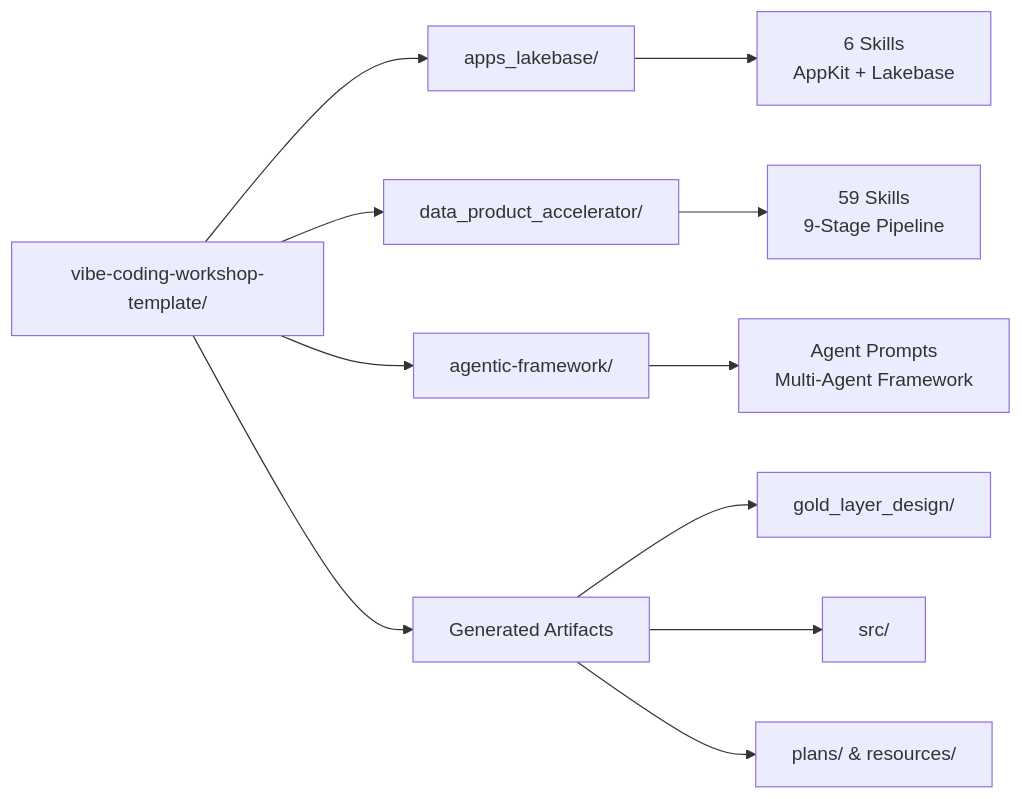
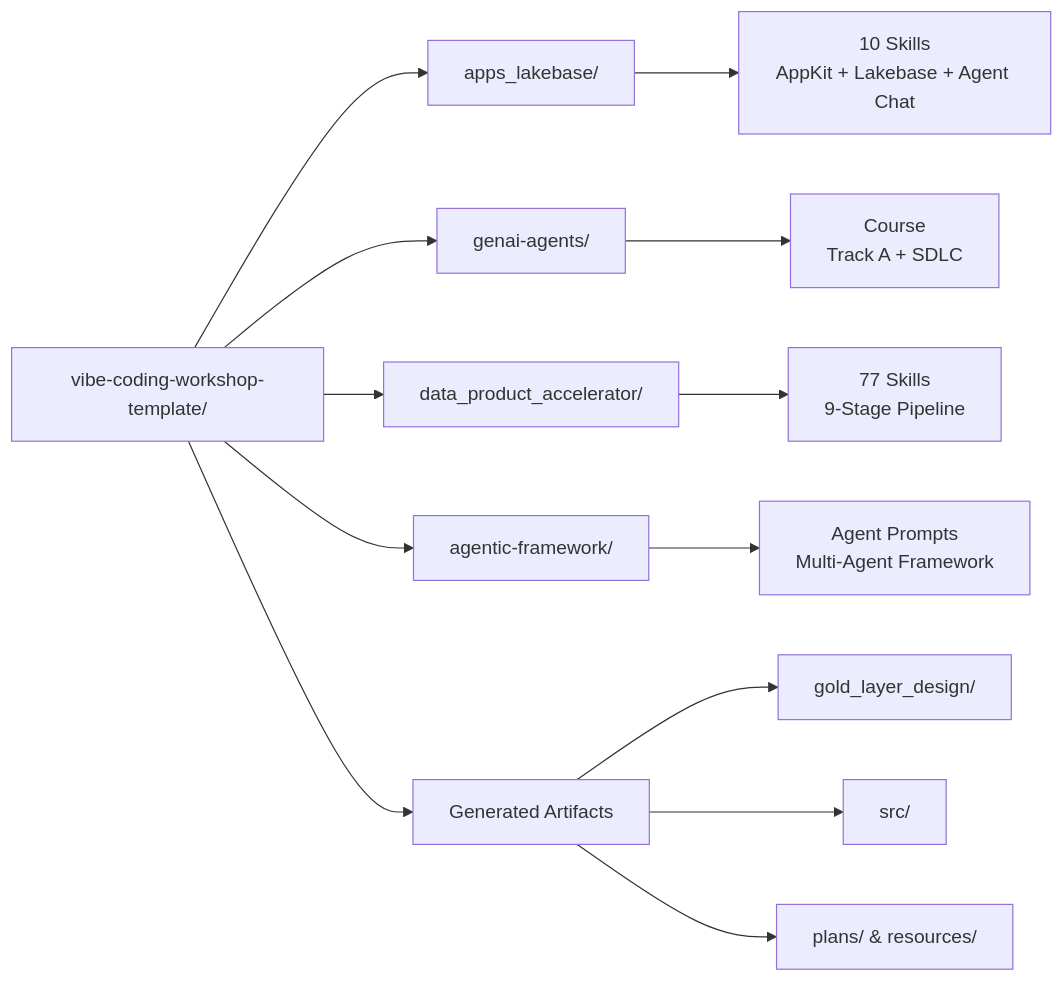
The first of 8 diagrams in presentations/workshop.marp.md (databricks-solutions/vibe-coding-workshop-template), drawn with Mermaid before and after one commit. The commit also changed other lines of this file and 253 other files, not shown here.

First line of the commit message:
Restructure genai-agents, add AppKit advanced skills, update presentations

```diff
--- a/presentations/workshop.marp.md
+++ b/presentations/workshop.marp.md
@@ -244,13 +244,15 @@
 <div class="mermaid">
 graph LR
     Root["vibe-coding-workshop-template/"] --> A["apps_lakebase/"]
+    Root --> G["genai-agents/"]
     Root --> B["data_product_accelerator/"]
     Root --> C["agentic-framework/"]
-    A --> A1["6 Skills<br/>AppKit + Lakebase"]
-    B --> B1["59 Skills<br/>9-Stage Pipeline"]
+    A --> A1["10 Skills<br/>AppKit + Lakebase + Agent Chat"]
+    G --> G1["Course<br/>Track A + SDLC"]
+    B --> B1["77 Skills<br/>9-Stage Pipeline"]
     C --> C1["Agent Prompts<br/>Multi-Agent Framework"]
     Root --> D["Generated Artifacts"]
     D --> D1["gold_layer_design/"]
     D --> D2["src/"]
     D --> D3["plans/ & resources/"]
 </div>
```
